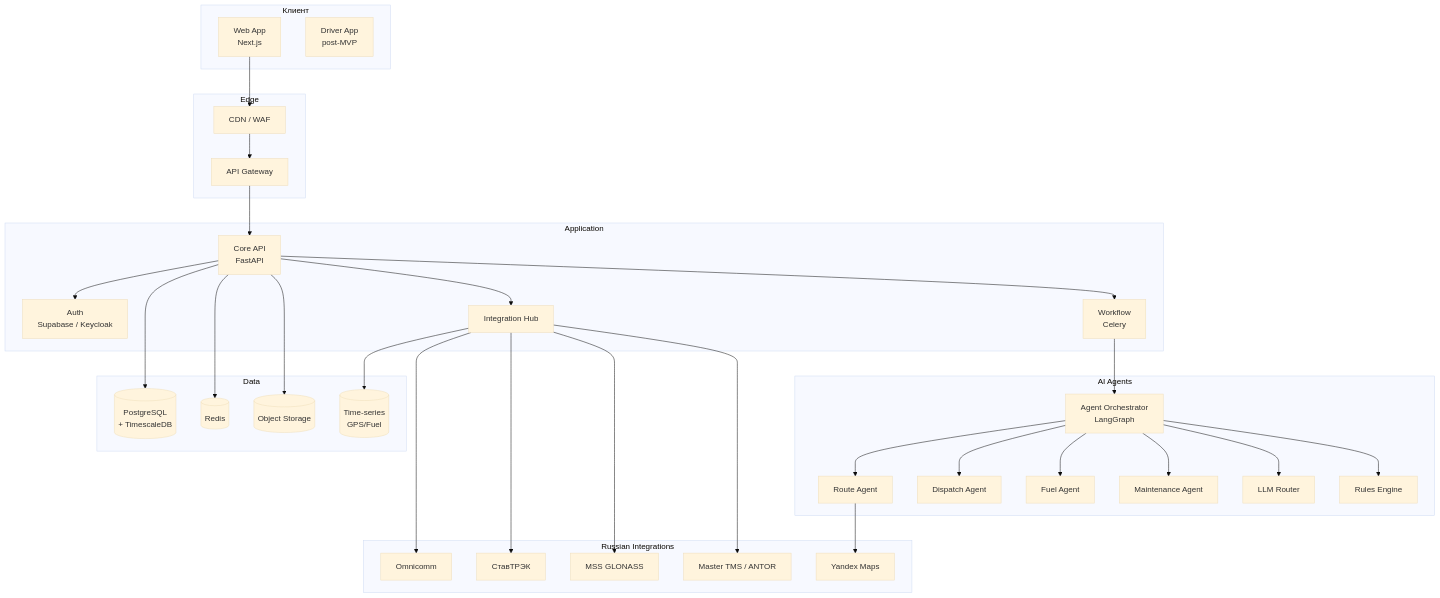
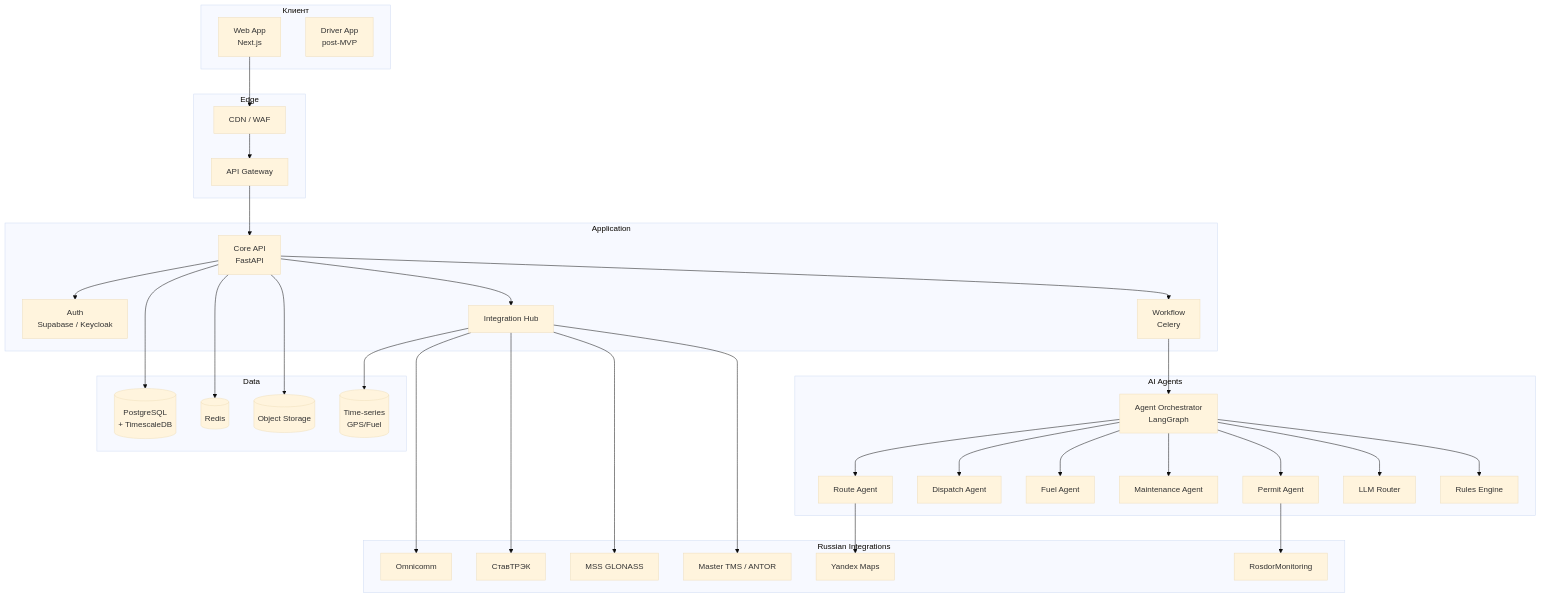
One commit to MrWudrock/FleetPilot changed the first of 4 diagrams in docs/fleet-ai/architecture.md. Above: the diagram before and after it, drawn with Mermaid (base theme). The commit also changed other lines of this file and 26 other files, not shown here.

Commit message:
docs: add runbooks, MVP guides, and architecture updates

````diff
--- a/docs/fleet-ai/architecture.md
+++ b/docs/fleet-ai/architecture.md
@@ -15,56 +15,59 @@
 ```mermaid
 flowchart TB
     subgraph Client["Клиент"]
         WEB[Web App<br/>Next.js]
         MOB[Driver App<br/>post-MVP]
     end
 
     subgraph Edge["Edge"]
         CDN[CDN / WAF]
         GW[API Gateway]
     end
 
     subgraph App["Application"]
         API[Core API<br/>FastAPI]
         AUTH[Auth<br/>Supabase / Keycloak]
         HUB[Integration Hub]
         WF[Workflow<br/>Celery]
     end
 
     subgraph Agents["AI Agents"]
         ORCH[Agent Orchestrator<br/>LangGraph]
         ROUTE[Route Agent]
         DISP[Dispatch Agent]
         FUEL[Fuel Agent]
         MAINT[Maintenance Agent]
+        PERMIT[Permit Agent]
         LLM[LLM Router]
         RULES[Rules Engine]
     end
 
     subgraph Connectors["Russian Integrations"]
         OMNI[Omnicomm]
         STAV[СтавТРЭК]
         MSS[MSS GLONASS]
         TMS[Master TMS / ANTOR]
         MAPS[Yandex Maps]
+        RDM[RosdorMonitoring]
     end
 
     subgraph Data["Data"]
         PG[(PostgreSQL<br/>+ TimescaleDB)]
         REDIS[(Redis)]
         S3[(Object Storage)]
         TS[(Time-series<br/>GPS/Fuel)]
     end
 
     WEB --> CDN --> GW --> API
     API --> AUTH
     API --> HUB
     API --> WF
     HUB --> OMNI & STAV & MSS & TMS
     WF --> ORCH
-    ORCH --> ROUTE & DISP & FUEL & MAINT
+    ORCH --> ROUTE & DISP & FUEL & MAINT & PERMIT
     ROUTE --> MAPS
+    PERMIT --> RDM[RosdorMonitoring]
     ORCH --> LLM & RULES
     API --> PG & REDIS & S3
     HUB --> TS
 ```
````
